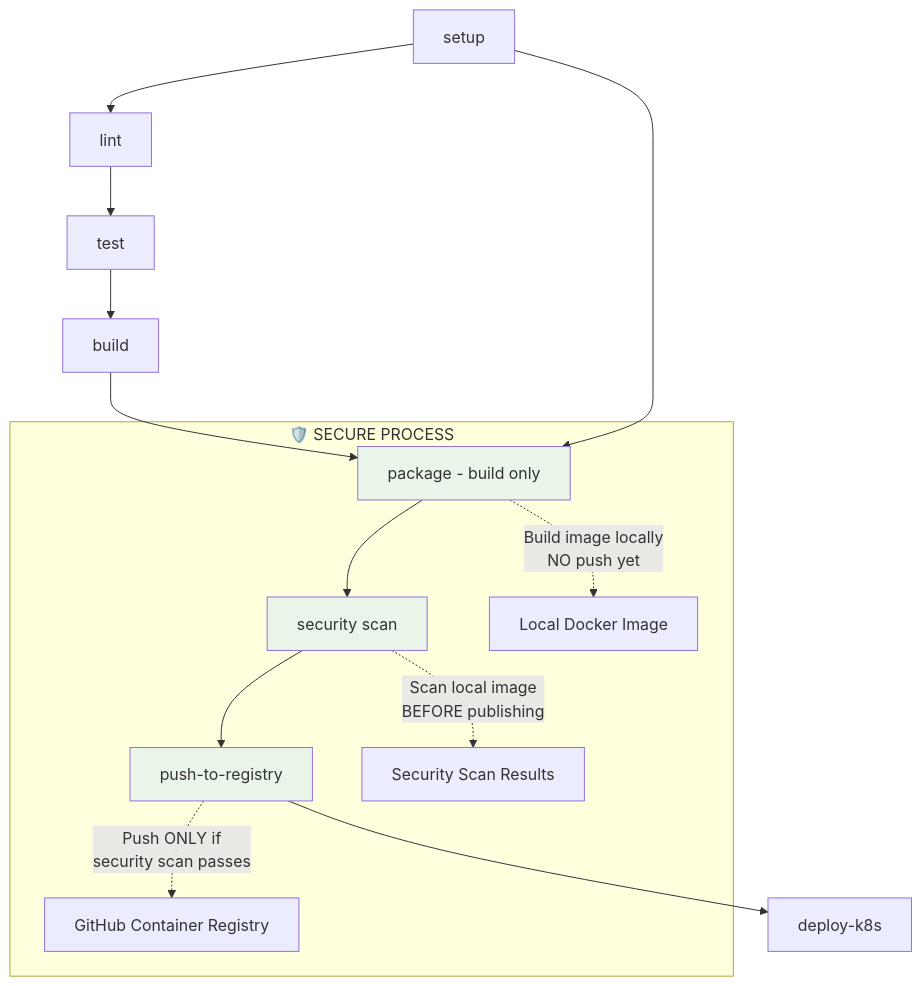
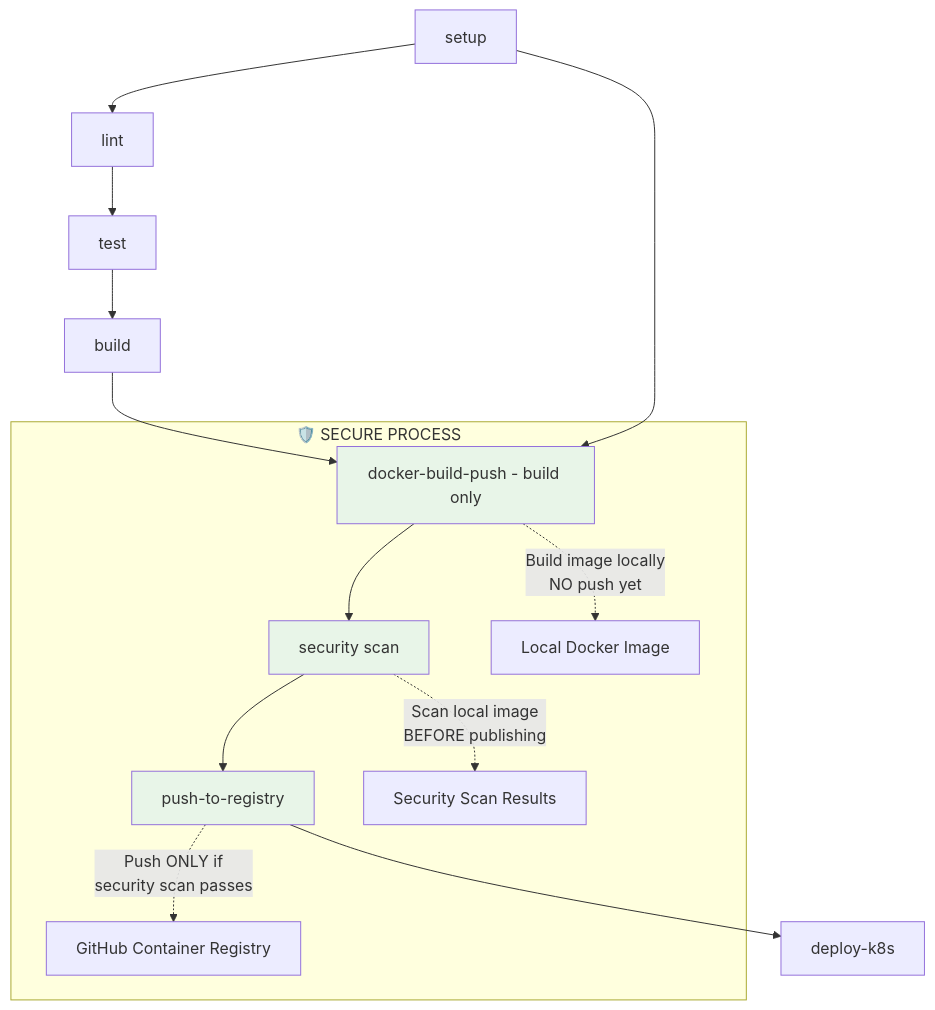
One commit to altimetrik-digital-enablement-demo-hub/platform-github-actions changed the fifth of 7 diagrams in FLOW.md. Above: the diagram before and after it, drawn with Mermaid. The commit also changed other lines of this file and 8 other files, not shown here.

````diff
--- a/FLOW.md
+++ b/FLOW.md
@@ -186,21 +186,21 @@
 ```mermaid
 graph TB
     SETUP[setup] --> LINT[lint]
     LINT --> TEST[test]
     TEST --> BUILD[build]
-    BUILD --> PACKAGE[package - build only]
+    BUILD --> PACKAGE[docker-build-push - build only]
     SETUP --> PACKAGE
     PACKAGE --> SECURITY[security scan]
     SECURITY --> PUSH[push-to-registry]
     PUSH --> DEPLOY[deploy-k8s]
     
     subgraph "🛡️ SECURE PROCESS"
         PACKAGE -.->|"Build image locally<br/>NO push yet"| LOCAL[Local Docker Image]
         SECURITY -.->|"Scan local image<br/>BEFORE publishing"| SCAN[Security Scan Results]
         PUSH -.->|"Push ONLY if<br/>security scan passes"| GHCR[GitHub Container Registry]
     end
     
     style PACKAGE fill:#e8f5e8
     style SECURITY fill:#e8f5e8
     style PUSH fill:#e8f5e8
 ```
````
